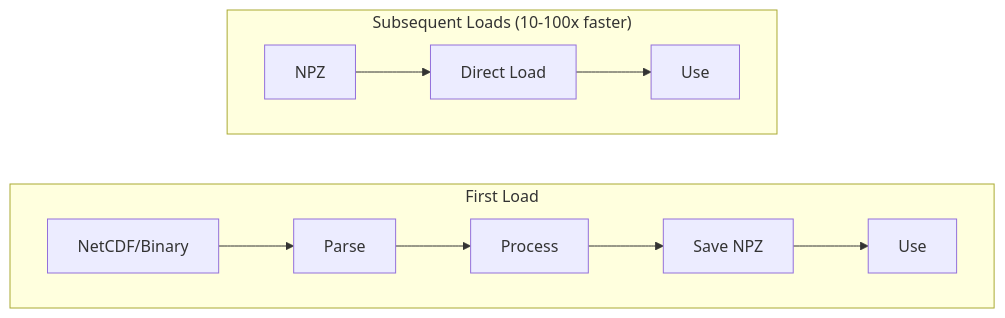
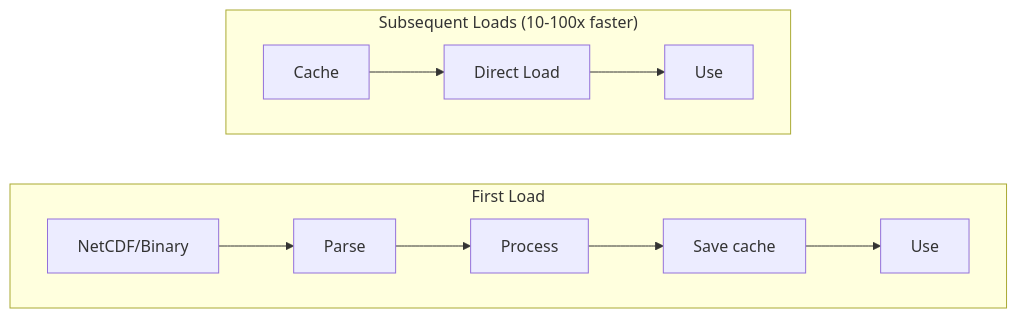
The second of 8 diagrams in docs/optimization.md (tkykszk/pyTMD_turbo), drawn with Mermaid before and after one commit. The commit also changed other lines of this file and 47 other files, not shown here.

````diff
--- a/docs/optimization.md
+++ b/docs/optimization.md
@@ -61,12 +73,12 @@
 ```mermaid
 flowchart LR
     subgraph First["First Load"]
         direction LR
-        F1[NetCDF/Binary] --> F2[Parse] --> F3[Process] --> F4[Save NPZ] --> F5[Use]
+        F1[NetCDF/Binary] --> F2[Parse] --> F3[Process] --> F4[Save cache] --> F5[Use]
     end
 
     subgraph Subsequent["Subsequent Loads (10-100x faster)"]
         direction LR
-        S1[NPZ] --> S2[Direct Load] --> S3[Use]
+        S1[Cache] --> S2[Direct Load] --> S3[Use]
     end
 ```
````
